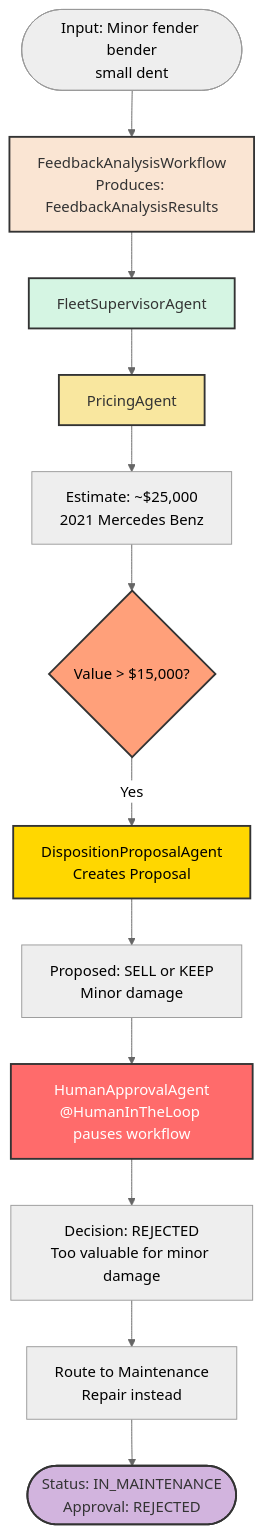
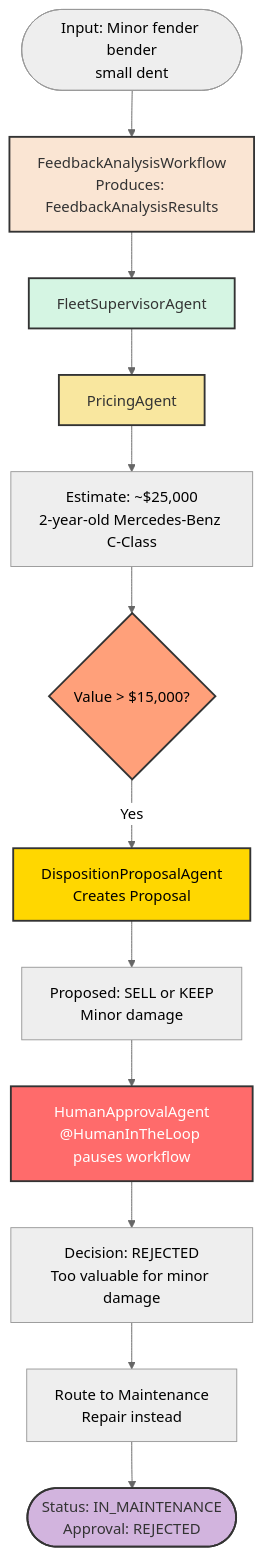
Before and after one commit to quarkusio/quarkus-workshop-langchain4j: the fourth of 6 diagrams in docs/docs/section-2/step-05.md, drawn with Mermaid (neutral theme). The commit also changed other lines of this file and 3 other files, not shown here.

````diff
--- a/docs/docs/section-2/step-05.md
+++ b/docs/docs/section-2/step-05.md
@@ -362,28 +362,28 @@
 ```mermaid
 flowchart TD
     Start(["Input: Minor fender bender<br/>small dent"])
 
     Start --> FW["FeedbackAnalysisWorkflow<br/>Produces: FeedbackAnalysisResults"]
 
     FW --> FSA["FleetSupervisorAgent"]
     FSA --> PA["PricingAgent"]
-    PA --> Value["Estimate: ~$25,000<br/>2021 Mercedes Benz"]
+    PA --> Value["Estimate: ~$25,000<br/>2-year-old Mercedes-Benz C-Class"]
 
     Value --> Check{"Value > $15,000?"}
     Check -->|Yes| Proposal["DispositionProposalAgent<br/>Creates Proposal"]
     Proposal --> PropResult["Proposed: SELL or KEEP<br/>Minor damage"]
 
     PropResult --> Human["HumanApprovalAgent<br/>@HumanInTheLoop pauses workflow"]
     Human --> Decision["Decision: REJECTED<br/>Too valuable for minor damage"]
 
     Decision --> Fallback["Route to Maintenance<br/>Repair instead"]
     Fallback --> Result(["Status: IN_MAINTENANCE<br/>Approval: REJECTED"])
 
     style FW fill:#FAE5D3,stroke:#333,stroke-width:2,color:#333
     style FSA fill:#D5F5E3,stroke:#333,stroke-width:2,color:#333
     style PA fill:#F9E79F,stroke:#333,stroke-width:2,color:#333
     style Proposal fill:#FFD700,stroke:#333,stroke-width:2,color:#000
     style Human fill:#FF6B6B,stroke:#333,stroke-width:2,color:#fff
     style Check fill:#FFA07A,stroke:#333,stroke-width:2,color:#000
     style Result fill:#D2B4DE,stroke:#333,stroke-width:2,color:#333
 ```
````
